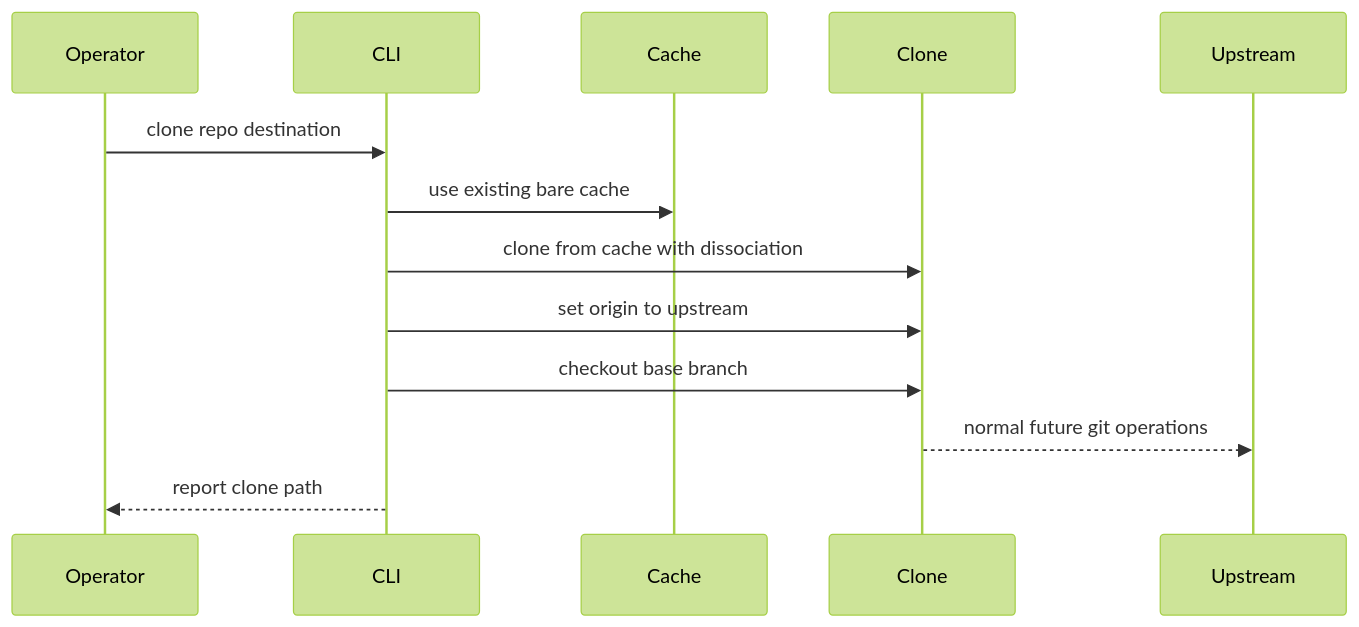
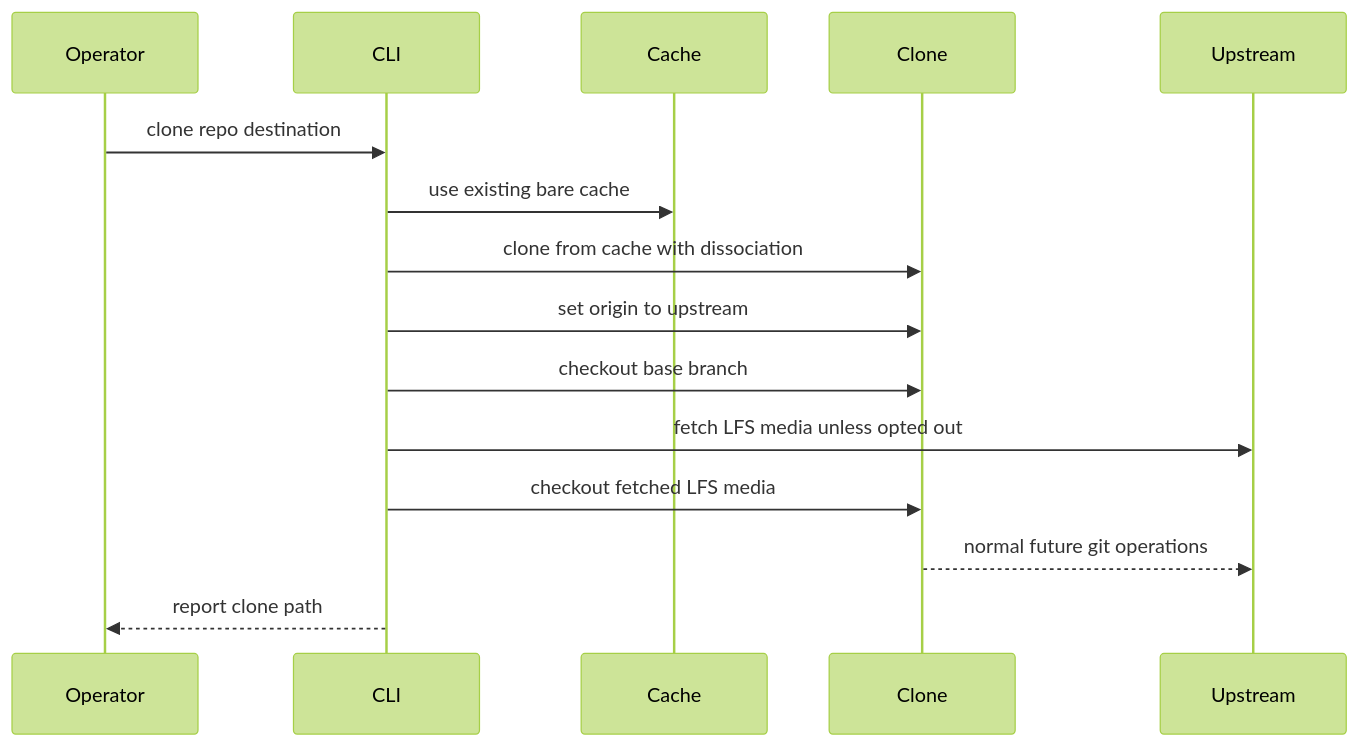
The third of 3 diagrams in .kiro/specs/git-clone-isolation/design.md (DWSR/nix-config), drawn with Mermaid (forest theme) before and after one commit. The commit also changed other lines of this file and 6 other files, not shown here.

First line of the commit message:
fix(git-clone-isolation): hydrate lfs clones by default

````diff
--- a/.kiro/specs/git-clone-isolation/design.md
+++ b/.kiro/specs/git-clone-isolation/design.md
@@ -147,15 +153,17 @@
 ```mermaid
 sequenceDiagram
     participant Operator
     participant CLI
     participant Cache
     participant Clone
     participant Upstream
     Operator->>CLI: clone repo destination
     CLI->>Cache: use existing bare cache
     CLI->>Clone: clone from cache with dissociation
     CLI->>Clone: set origin to upstream
     CLI->>Clone: checkout base branch
+    CLI->>Upstream: fetch LFS media unless opted out
+    CLI->>Clone: checkout fetched LFS media
     Clone-->>Upstream: normal future git operations
     CLI-->>Operator: report clone path
 ```
````
